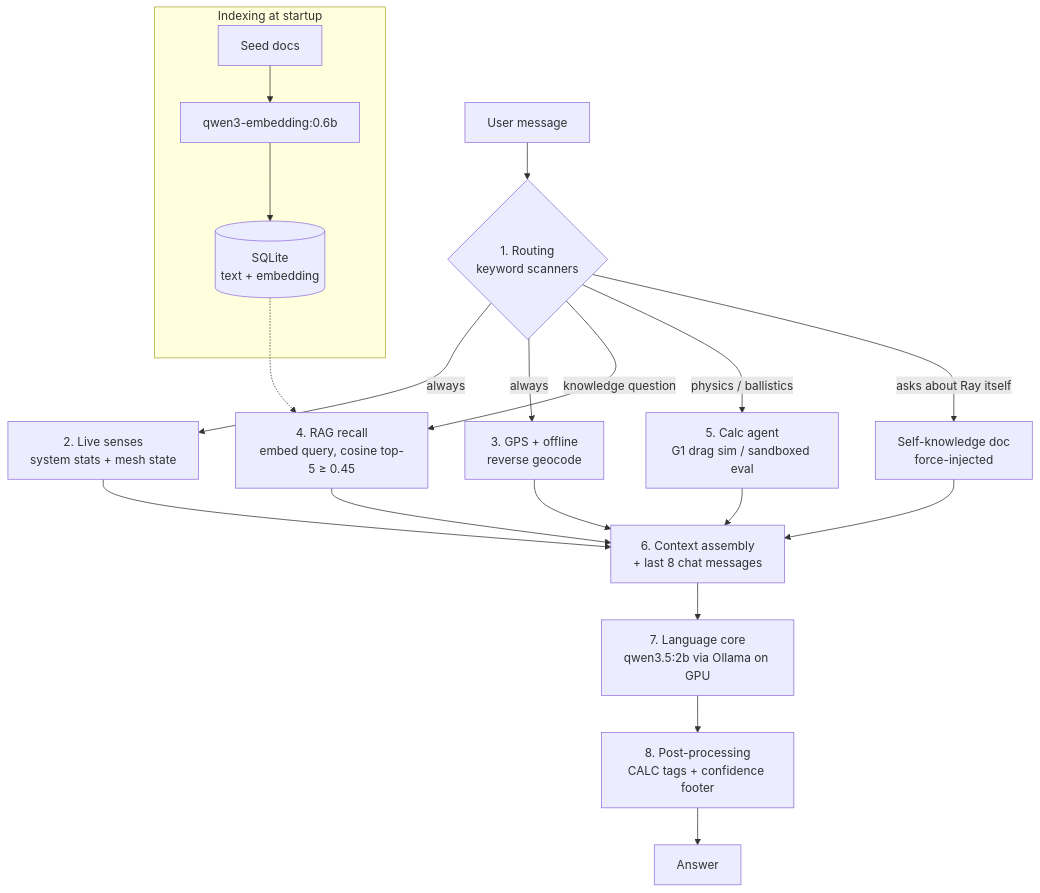
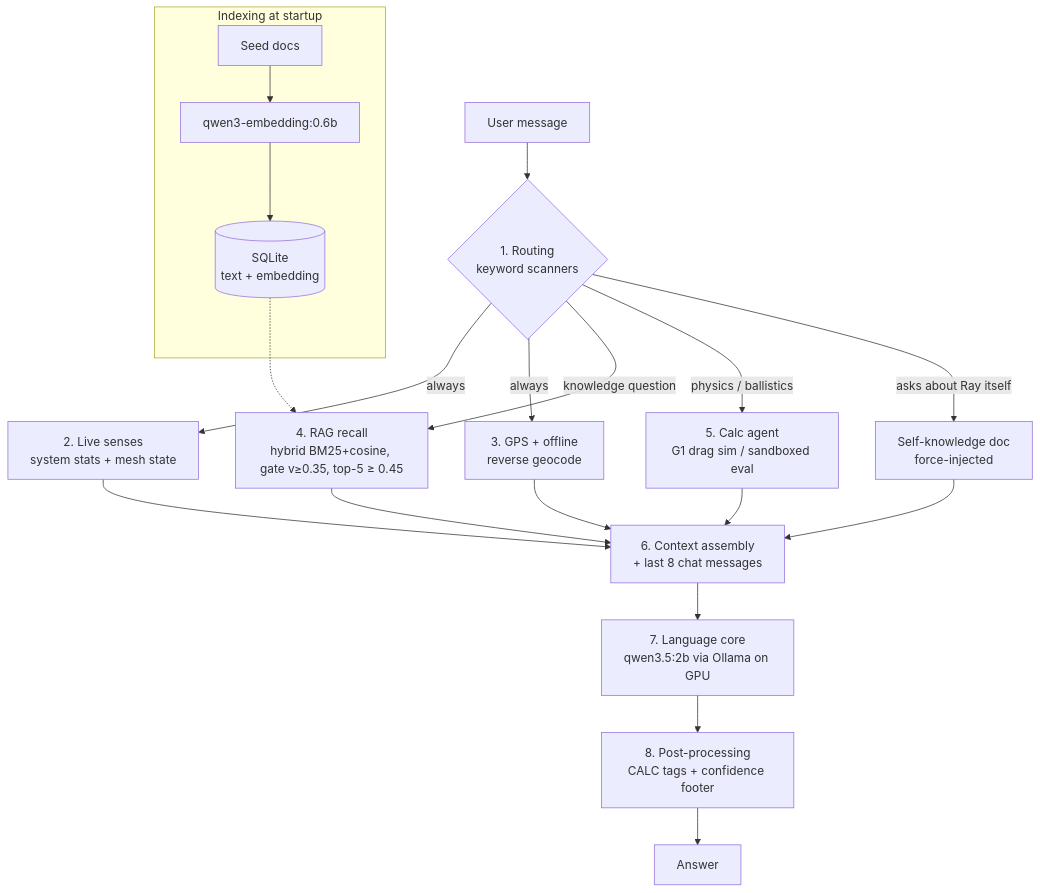
Before and after one commit to atlas-navigate/atlas-control: the diagram in RAY_BRAIN.md, drawn with Mermaid. The commit also changed other lines of this file and 2 other files, not shown here.

First line of the commit message:
AI: BM25 hybrid search — cosine + FTS5 with semantic gate

````diff
--- a/RAY_BRAIN.md
+++ b/RAY_BRAIN.md
@@ -87,22 +87,22 @@
 ```mermaid
 flowchart TD
     U[User message] --> R{1. Routing<br/>keyword scanners}
     R -->|always| S[2. Live senses<br/>system stats + mesh state]
     R -->|always| G[3. GPS + offline<br/>reverse geocode]
-    R -->|knowledge question| RAG[4. RAG recall<br/>embed query, cosine top-5 ≥ 0.45]
+    R -->|knowledge question| RAG[4. RAG recall<br/>hybrid BM25+cosine, gate v≥0.35, top-5 ≥ 0.45]
     R -->|physics / ballistics| C[5. Calc agent<br/>G1 drag sim / sandboxed eval]
     R -->|asks about Ray itself| SK[Self-knowledge doc<br/>force-injected]
     S --> CTX[6. Context assembly<br/>+ last 8 chat messages]
     G --> CTX
     RAG --> CTX
     C --> CTX
     SK --> CTX
     CTX --> LLM[7. Language core<br/>qwen3.5:2b via Ollama on GPU]
     LLM --> P[8. Post-processing<br/>CALC tags + confidence footer]
     P --> A[Answer]
 
     subgraph Indexing at startup
         D[Seed docs] --> E[qwen3-embedding:0.6b] --> DB[(SQLite<br/>text + embedding)]
     end
     DB -.-> RAG
 ```
````
